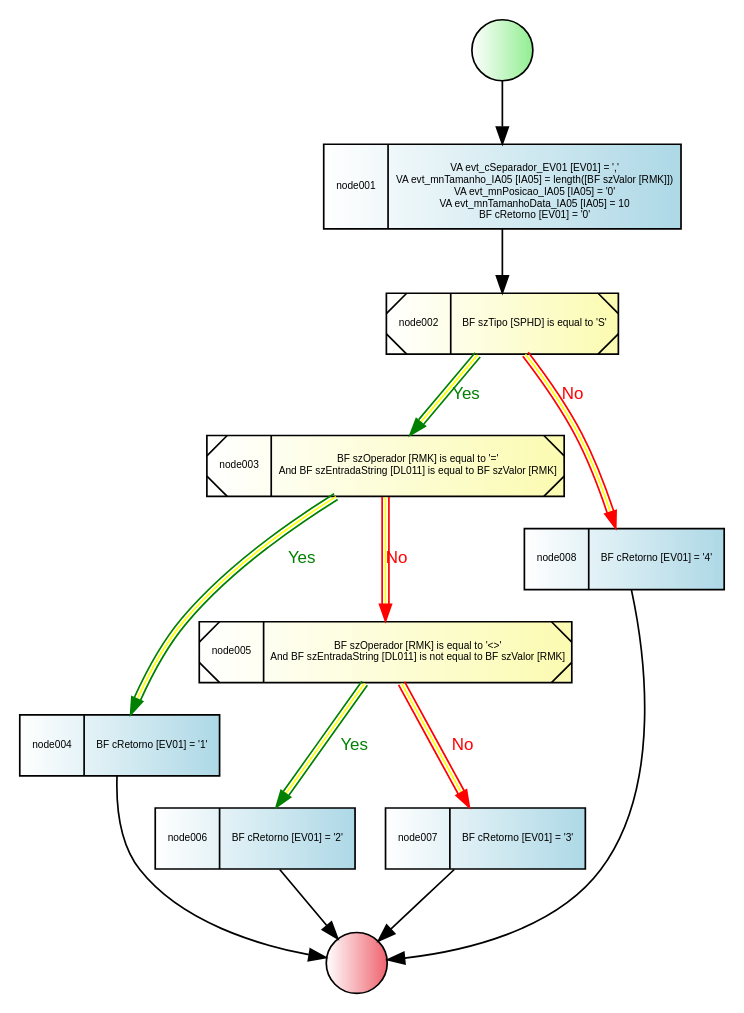
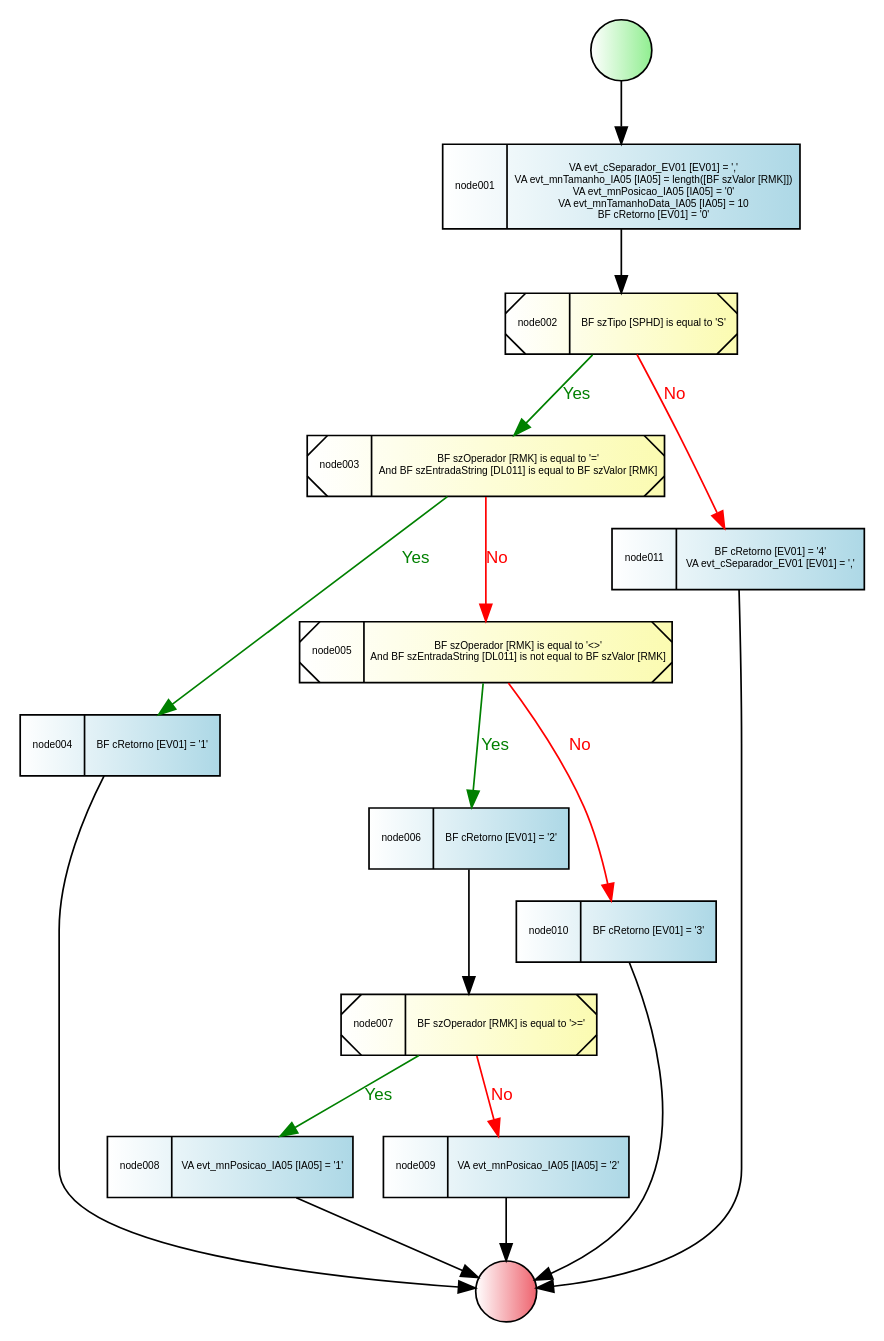
One commit to GiovaniPM/JDEDocCode changed the diagram in gio.gv. Above: the diagram before and after it, drawn with Graphviz. The commit also changed 2 other files, not shown here.

```diff
--- a/gio.gv
+++ b/gio.gv
@@ -1,91 +1,119 @@
 digraph R {
     node000 [
             shape=circle,
             style="filled",
             fillcolor="white:lightgreen",
             label=""
             ]
     node001 [
             fontname="Arial",
             fontsize=6,
             shape=record,
             style="filled",
             fillcolor="white:lightblue"
             label="node001|{\nVA evt_cSeparador_EV01 [EV01] = ','\nVA evt_mnTamanho_IA05 [IA05] = length([BF szValor [RMK]])\nVA evt_mnPosicao_IA05 [IA05] = '0'\nVA evt_mnTamanhoData_IA05 [IA05] = 10\nBF cRetorno [EV01] = '0'}"
             ]
     node002 [
             fontname="Arial",
             fontsize=6,
             shape=record,
             style="diagonals,filled",
             fillcolor="white:#fbfbb1"
             label="node002|{BF szTipo [SPHD] is equal to 'S'}"
             ]
     node003 [
             fontname="Arial",
             fontsize=6,
             shape=record,
             style="diagonals,filled",
             fillcolor="white:#fbfbb1"
             label="node003|{BF szOperador [RMK] is equal to '='\nAnd BF szEntradaString [DL011] is equal to BF szValor [RMK]}"
             ]
     node004 [
             fontname="Arial",
             fontsize=6,
             shape=record,
             style="filled",
             fillcolor="white:lightblue"
             label="node004|{BF cRetorno [EV01] = '1'}"
             ]
     node005 [
             fontname="Arial",
             fontsize=6,
             shape=record,
             style="diagonals,filled",
             fillcolor="white:#fbfbb1"
             label="node005|{BF szOperador [RMK] is equal to '\<\>'\nAnd BF szEntradaString [DL011] is not equal to BF szValor [RMK]}"
             ]
     node006 [
             fontname="Arial",
             fontsize=6,
             shape=record,
             style="filled",
             fillcolor="white:lightblue"
             label="node006|{BF cRetorno [EV01] = '2'}"
             ]
     node007 [
             fontname="Arial",
             fontsize=6,
             shape=record,
-            style="filled",
-            fillcolor="white:lightblue"
-            label="node007|{BF cRetorno [EV01] = '3'}"
+            style="diagonals,filled",
+            fillcolor="white:#fbfbb1"
+            label="node007|{BF szOperador [RMK] is equal to '\>='}"
             ]
     node008 [
             fontname="Arial",
             fontsize=6,
             shape=record,
             style="filled",
             fillcolor="white:lightblue"
-            label="node008|{BF cRetorno [EV01] = '4'}"
+            label="node008|{VA evt_mnPosicao_IA05 [IA05] = '1'}"
+            ]
+    node009 [
+            fontname="Arial",
+            fontsize=6,
+            shape=record,
+            style="filled",
+            fillcolor="white:lightblue"
+            label="node009|{VA evt_mnPosicao_IA05 [IA05] = '2'}"
+            ]
+    node010 [
+            fontname="Arial",
+            fontsize=6,
+            shape=record,
+            style="filled",
+            fillcolor="white:lightblue"
+            label="node010|{BF cRetorno [EV01] = '3'}"
+            ]
+    node011 [
+            fontname="Arial",
+            fontsize=6,
+            shape=record,
+            style="filled",
+            fillcolor="white:lightblue"
+            label="node011|{BF cRetorno [EV01] = '4'\nVA evt_cSeparador_EV01 [EV01] = ','}"
             ]
     node999 [
             shape=circle,
             style="filled",
             fillcolor="white:#ee636e",
             label=""
             ]
 
-    node007 -> node999
-    node006 -> node999
-    node005 -> node007 [fontname = "Arial", fontsize = 10, fontcolor="red", color="red:yellow:red", label="No"]
-    node005 -> node006 [fontname = "Arial", fontsize = 10, fontcolor="green", color="green:yellow:green", label="Yes"]
+    node010 -> node999
+    node009 -> node999
+    node008 -> node999
+    node007 -> node009 [fontname = "Arial", fontsize = 10, fontcolor="red", color="red", label="No"]
+    node007 -> node008 [fontname = "Arial", fontsize = 10, fontcolor="green", color="green", label="Yes"]
+    node006 -> node007
+    node005 -> node010 [fontname = "Arial", fontsize = 10, fontcolor="red", color="red", label="No"]
+    node005 -> node006 [fontname = "Arial", fontsize = 10, fontcolor="green", color="green", label="Yes"]
     node004 -> node999
-    node003 -> node005 [fontname = "Arial", fontsize = 10, fontcolor="red", color="red:yellow:red", label="No"]
-    node003 -> node004 [fontname = "Arial", fontsize = 10, fontcolor="green", color="green:yellow:green", label="Yes"]
-    node002 -> node008 [fontname = "Arial", fontsize = 10, fontcolor="red", color="red:yellow:red", label="No"]
-    node002 -> node003 [fontname = "Arial", fontsize = 10, fontcolor="green", color="green:yellow:green", label="Yes"]
+    node003 -> node005 [fontname = "Arial", fontsize = 10, fontcolor="red", color="red", label="No"]
+    node003 -> node004 [fontname = "Arial", fontsize = 10, fontcolor="green", color="green", label="Yes"]
+    node002 -> node011 [fontname = "Arial", fontsize = 10, fontcolor="red", color="red", label="No"]
+    node002 -> node003 [fontname = "Arial", fontsize = 10, fontcolor="green", color="green", label="Yes"]
     node001 -> node002
-    node008 -> node999
+    node011 -> node999
     node000 -> node001
 }
```
